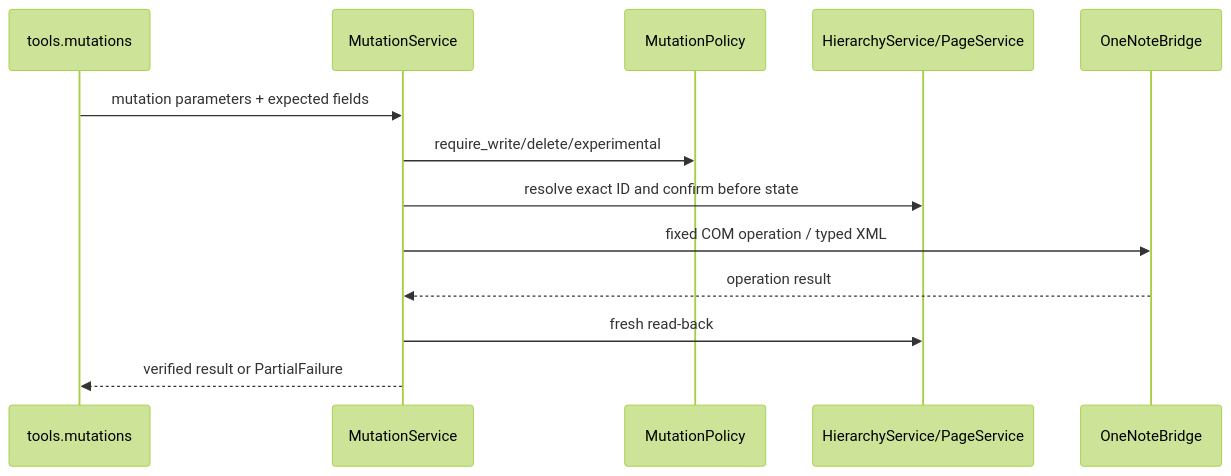
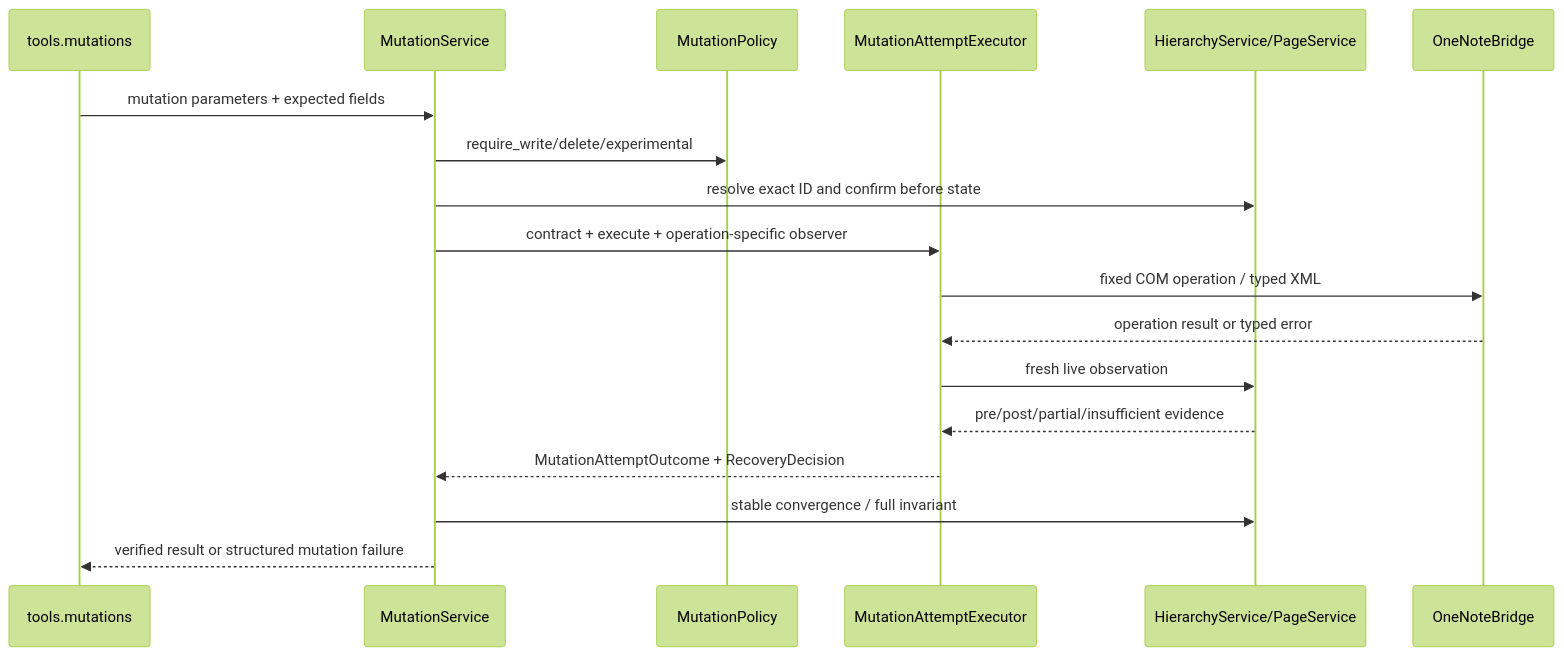
The sixth of 6 diagrams in docs/design/architecture.md (Kaomsos/onenote-com-mcp), drawn with Mermaid (forest theme) before and after one commit. The commit also changed other lines of this file and 18 other files, not shown here.

Commit message:
feat: add bounded mutation attempt control

````diff
--- a/docs/design/architecture.md
+++ b/docs/design/architecture.md
@@ -358,16 +372,21 @@
 ```mermaid
 sequenceDiagram
     participant T as tools.mutations
     participant M as MutationService
     participant P as MutationPolicy
+    participant C as MutationAttemptExecutor
     participant H as HierarchyService/PageService
     participant B as OneNoteBridge
 
     T->>M: mutation parameters + expected fields
     M->>P: require_write/delete/experimental
     M->>H: resolve exact ID and confirm before state
-    M->>B: fixed COM operation / typed XML
-    B-->>M: operation result
-    M->>H: fresh read-back
-    M-->>T: verified result or PartialFailure
+    M->>C: contract + execute + operation-specific observer
+    C->>B: fixed COM operation / typed XML
+    B-->>C: operation result or typed error
+    C->>H: fresh live observation
+    H-->>C: pre/post/partial/insufficient evidence
+    C-->>M: MutationAttemptOutcome + RecoveryDecision
+    M->>H: stable convergence / full invariant
+    M-->>T: verified result or structured mutation failure
 ```
````
